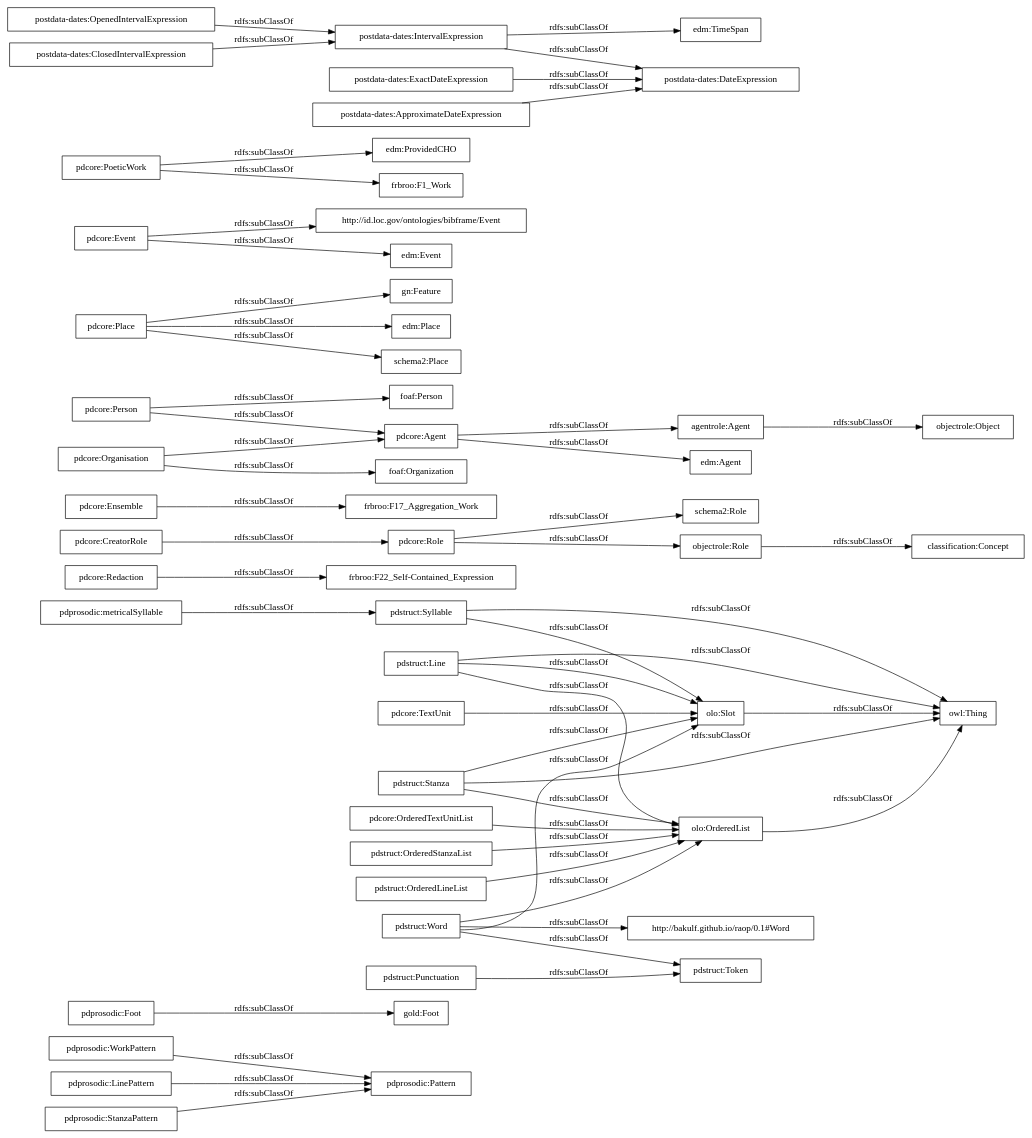
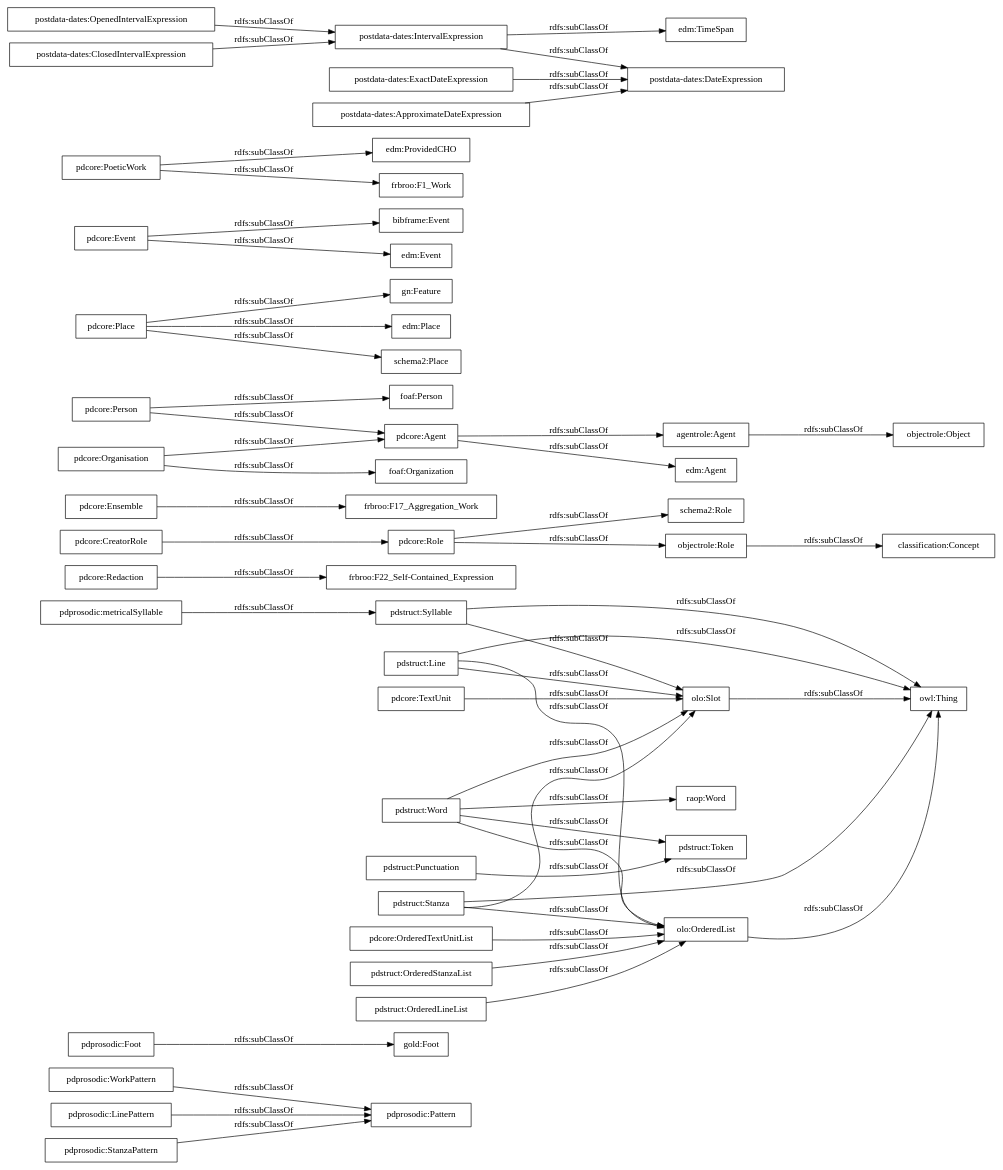
One commit to linhd-postdata/prosodicElements-ontology changed the diagram in OnToology/postdata-prosodicElements.owl/diagrams/ar2dtool-taxonomy/postdata-prosodicElements.owl.png.dot. Above: the diagram before and after it, drawn with Graphviz. The commit also changed 5 other files, not shown here.

```diff
--- a/OnToology/postdata-prosodicElements.owl/diagrams/ar2dtool-taxonomy/postdata-prosodicElements.owl.png.dot
+++ b/OnToology/postdata-prosodicElements.owl/diagrams/ar2dtool-taxonomy/postdata-prosodicElements.owl.png.dot
@@ -1,56 +1,56 @@
 digraph ar2dtool_diagram { 
 rankdir=LR;
 size="1000"
-node [shape = rectangle, color="black"]; "pdprosodic:WorkPattern" "pdprosodic:Foot" "pdprosodic:LinePattern" "pdprosodic:Pattern" "gold:Foot" "pdprosodic:metricalSyllable" "pdprosodic:StanzaPattern" "pdstruct:Line" "pdstruct:Punctuation" "pdstruct:OrderedStanzaList" "pdstruct:Stanza" "pdstruct:Word" "pdstruct:Token" "pdcore:Redaction" "pdstruct:Syllable" "http://bakulf.github.io/raop/0.1#Word" "pdstruct:OrderedLineList" "olo:Slot" "olo:OrderedList" "pdcore:Role" "frbroo:F17_Aggregation_Work" "pdcore:OrderedTextUnitList" "agentrole:Agent" "gn:Feature" "edm:Agent" "pdcore:Agent" "pdcore:CreatorRole" "pdcore:Person" "pdcore:Organisation" "edm:Place" "pdcore:Ensemble" "foaf:Person" "frbroo:F22_Self-Contained_Expression" "http://id.loc.gov/ontologies/bibframe/Event" "edm:Event" "pdcore:TextUnit" "foaf:Organization" "edm:ProvidedCHO" "pdcore:Place" "schema2:Place" "pdcore:Event" "pdcore:PoeticWork" "frbroo:F1_Work" "schema2:Role" "owl:Thing" "objectrole:Role" "objectrole:Object" "postdata-dates:OpenedIntervalExpression" "postdata-dates:ClosedIntervalExpression" "postdata-dates:IntervalExpression" "postdata-dates:ExactDateExpression" "edm:TimeSpan" "postdata-dates:DateExpression" "postdata-dates:ApproximateDateExpression" "classification:Concept" ; /*classes style*/
+node [shape = rectangle, color="black"]; "pdprosodic:WorkPattern" "pdprosodic:Foot" "pdprosodic:LinePattern" "pdprosodic:Pattern" "gold:Foot" "pdprosodic:metricalSyllable" "pdprosodic:StanzaPattern" "pdstruct:Punctuation" "pdstruct:Line" "pdstruct:OrderedStanzaList" "pdstruct:Word" "pdstruct:Stanza" "pdstruct:Token" "pdstruct:Syllable" "pdcore:Redaction" "raop:Word" "pdstruct:OrderedLineList" "olo:Slot" "olo:OrderedList" "pdcore:Role" "frbroo:F17_Aggregation_Work" "pdcore:OrderedTextUnitList" "agentrole:Agent" "gn:Feature" "edm:Agent" "pdcore:Agent" "pdcore:CreatorRole" "pdcore:Person" "pdcore:Organisation" "edm:Place" "pdcore:Ensemble" "foaf:Person" "frbroo:F22_Self-Contained_Expression" "bibframe:Event" "edm:Event" "pdcore:TextUnit" "foaf:Organization" "edm:ProvidedCHO" "pdcore:Place" "schema2:Place" "pdcore:Event" "pdcore:PoeticWork" "frbroo:F1_Work" "schema2:Role" "owl:Thing" "objectrole:Role" "objectrole:Object" "postdata-dates:OpenedIntervalExpression" "postdata-dates:ClosedIntervalExpression" "postdata-dates:IntervalExpression" "postdata-dates:ExactDateExpression" "edm:TimeSpan" "postdata-dates:DateExpression" "postdata-dates:ApproximateDateExpression" "classification:Concept" ; /*classes style*/
 	"pdprosodic:WorkPattern" -> "pdprosodic:Pattern" [ label = "rdfs:subClassOf" ];
 	"pdstruct:OrderedStanzaList" -> "olo:OrderedList" [ label = "rdfs:subClassOf" ];
 	"pdstruct:Punctuation" -> "pdstruct:Token" [ label = "rdfs:subClassOf" ];
 	"agentrole:Agent" -> "objectrole:Object" [ label = "rdfs:subClassOf" ];
 	"pdstruct:Word" -> "olo:OrderedList" [ label = "rdfs:subClassOf" ];
 	"pdstruct:Word" -> "olo:Slot" [ label = "rdfs:subClassOf" ];
 	"pdstruct:Word" -> "pdstruct:Token" [ label = "rdfs:subClassOf" ];
-	"pdstruct:Word" -> "http://bakulf.github.io/raop/0.1#Word" [ label = "rdfs:subClassOf" ];
+	"pdstruct:Word" -> "raop:Word" [ label = "rdfs:subClassOf" ];
 	"pdcore:PoeticWork" -> "frbroo:F1_Work" [ label = "rdfs:subClassOf" ];
 	"pdcore:PoeticWork" -> "edm:ProvidedCHO" [ label = "rdfs:subClassOf" ];
 	"pdprosodic:Foot" -> "gold:Foot" [ label = "rdfs:subClassOf" ];
 	"objectrole:Role" -> "classification:Concept" [ label = "rdfs:subClassOf" ];
 	"postdata-dates:ClosedIntervalExpression" -> "postdata-dates:IntervalExpression" [ label = "rdfs:subClassOf" ];
 	"pdstruct:Stanza" -> "olo:Slot" [ label = "rdfs:subClassOf" ];
 	"pdstruct:Stanza" -> "olo:OrderedList" [ label = "rdfs:subClassOf" ];
 	"pdstruct:Stanza" -> "owl:Thing" [ label = "rdfs:subClassOf" ];
 	"postdata-dates:ApproximateDateExpression" -> "postdata-dates:DateExpression" [ label = "rdfs:subClassOf" ];
 	"pdcore:Agent" -> "agentrole:Agent" [ label = "rdfs:subClassOf" ];
 	"pdcore:Agent" -> "edm:Agent" [ label = "rdfs:subClassOf" ];
 	"olo:Slot" -> "owl:Thing" [ label = "rdfs:subClassOf" ];
 	"postdata-dates:OpenedIntervalExpression" -> "postdata-dates:IntervalExpression" [ label = "rdfs:subClassOf" ];
 	"pdcore:Organisation" -> "foaf:Organization" [ label = "rdfs:subClassOf" ];
 	"pdcore:Organisation" -> "pdcore:Agent" [ label = "rdfs:subClassOf" ];
 	"pdcore:Ensemble" -> "frbroo:F17_Aggregation_Work" [ label = "rdfs:subClassOf" ];
 	"olo:OrderedList" -> "owl:Thing" [ label = "rdfs:subClassOf" ];
 	"pdcore:TextUnit" -> "olo:Slot" [ label = "rdfs:subClassOf" ];
 	"pdcore:Redaction" -> "frbroo:F22_Self-Contained_Expression" [ label = "rdfs:subClassOf" ];
 	"pdcore:Place" -> "edm:Place" [ label = "rdfs:subClassOf" ];
 	"pdcore:Place" -> "schema2:Place" [ label = "rdfs:subClassOf" ];
 	"pdcore:Place" -> "gn:Feature" [ label = "rdfs:subClassOf" ];
 	"pdstruct:OrderedLineList" -> "olo:OrderedList" [ label = "rdfs:subClassOf" ];
 	"pdcore:CreatorRole" -> "pdcore:Role" [ label = "rdfs:subClassOf" ];
 	"pdstruct:Syllable" -> "owl:Thing" [ label = "rdfs:subClassOf" ];
 	"pdstruct:Syllable" -> "olo:Slot" [ label = "rdfs:subClassOf" ];
 	"pdcore:Role" -> "objectrole:Role" [ label = "rdfs:subClassOf" ];
 	"pdcore:Role" -> "schema2:Role" [ label = "rdfs:subClassOf" ];
 	"pdprosodic:StanzaPattern" -> "pdprosodic:Pattern" [ label = "rdfs:subClassOf" ];
 	"pdstruct:Line" -> "olo:Slot" [ label = "rdfs:subClassOf" ];
 	"pdstruct:Line" -> "olo:OrderedList" [ label = "rdfs:subClassOf" ];
 	"pdstruct:Line" -> "owl:Thing" [ label = "rdfs:subClassOf" ];
 	"pdprosodic:metricalSyllable" -> "pdstruct:Syllable" [ label = "rdfs:subClassOf" ];
 	"pdprosodic:LinePattern" -> "pdprosodic:Pattern" [ label = "rdfs:subClassOf" ];
 	"pdcore:OrderedTextUnitList" -> "olo:OrderedList" [ label = "rdfs:subClassOf" ];
 	"postdata-dates:IntervalExpression" -> "edm:TimeSpan" [ label = "rdfs:subClassOf" ];
 	"postdata-dates:IntervalExpression" -> "postdata-dates:DateExpression" [ label = "rdfs:subClassOf" ];
 	"postdata-dates:ExactDateExpression" -> "postdata-dates:DateExpression" [ label = "rdfs:subClassOf" ];
 	"pdcore:Event" -> "edm:Event" [ label = "rdfs:subClassOf" ];
-	"pdcore:Event" -> "http://id.loc.gov/ontologies/bibframe/Event" [ label = "rdfs:subClassOf" ];
+	"pdcore:Event" -> "bibframe:Event" [ label = "rdfs:subClassOf" ];
 	"pdcore:Person" -> "foaf:Person" [ label = "rdfs:subClassOf" ];
 	"pdcore:Person" -> "pdcore:Agent" [ label = "rdfs:subClassOf" ];
 
 }
```
